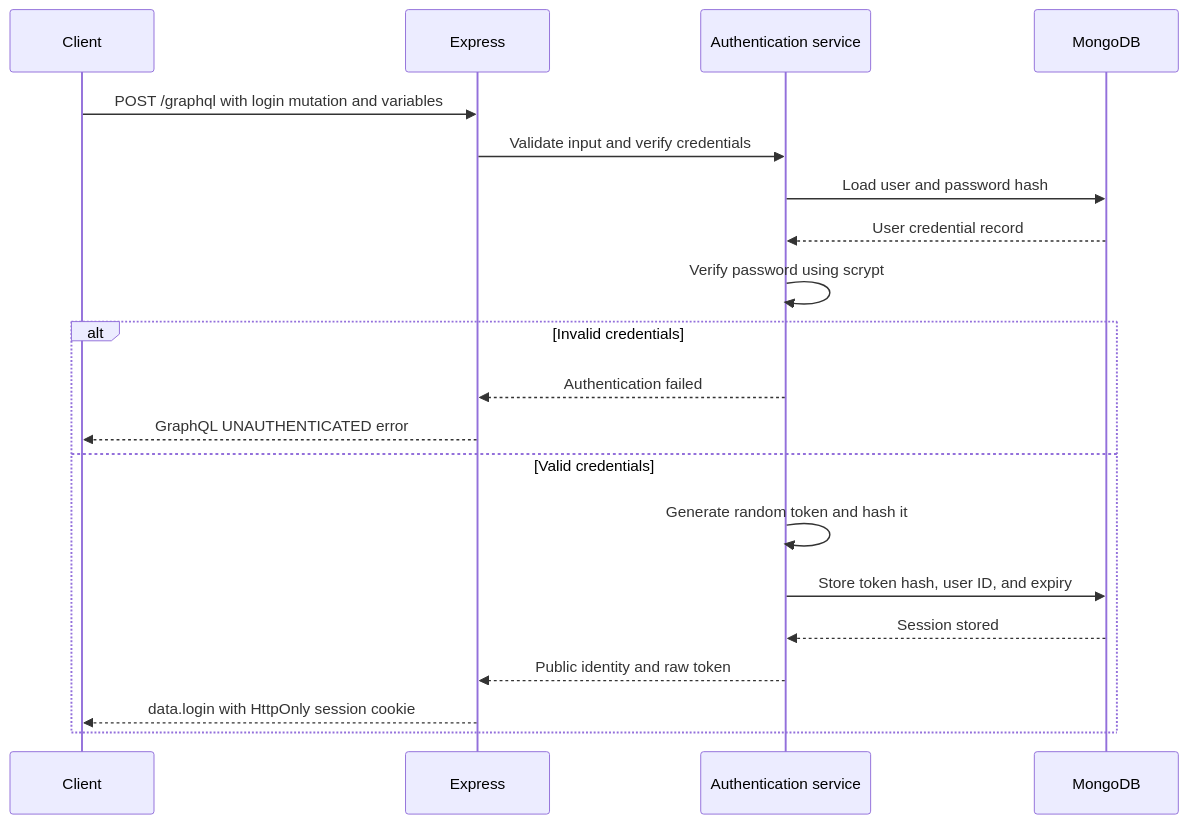
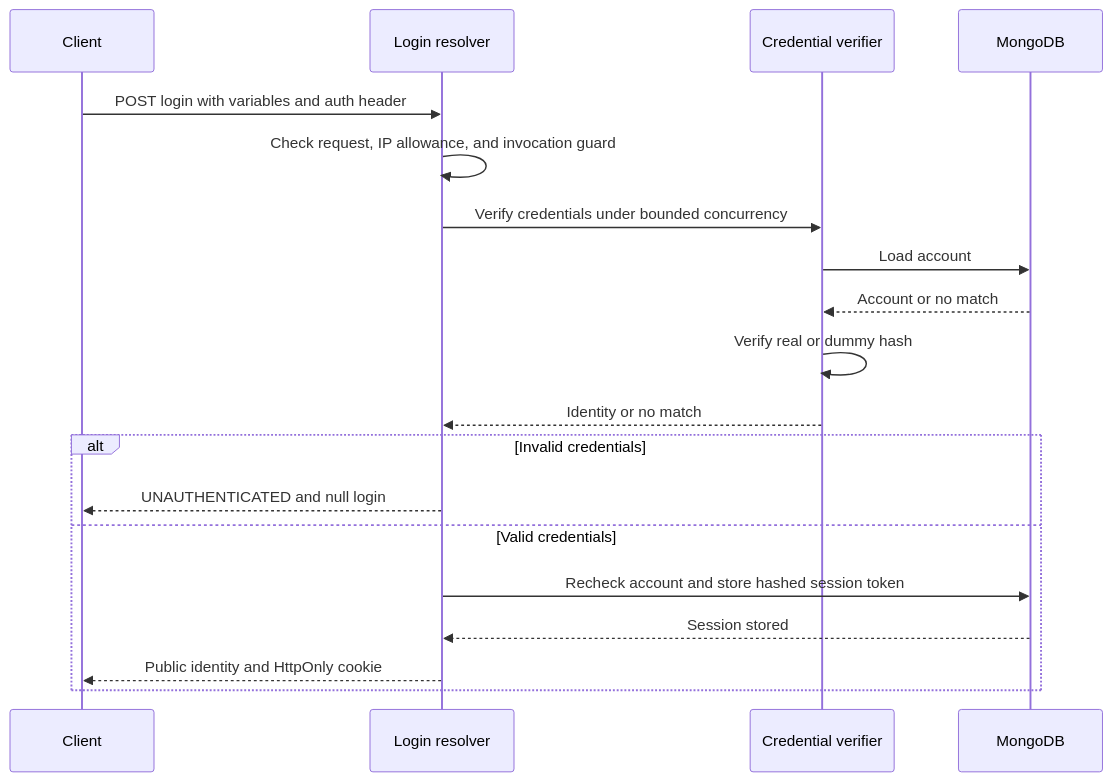
The first of 3 diagrams in docs/authentication/README.md (aruprakshit/GraphQL-Engineering-Lab), drawn with Mermaid before and after one commit. The commit also changed other lines of this file and 3 other files, not shown here.

Commit message:
Document implemented GraphQL session authentication flows

````diff
--- a/docs/authentication/README.md
+++ b/docs/authentication/README.md
@@ -130,24 +104,22 @@
 ```mermaid
 sequenceDiagram
     participant C as Client
-    participant E as Express
-    participant A as Authentication service
+    participant R as Login resolver
+    participant V as Credential verifier
     participant D as MongoDB
 
-    C->>E: POST /graphql with login mutation and variables
-    E->>A: Validate input and verify credentials
-    A->>D: Load user and password hash
-    D-->>A: User credential record
-    A->>A: Verify password using scrypt
-
+    C->>R: POST login with variables and auth header
+    R->>R: Check request, IP allowance, and invocation guard
+    R->>V: Verify credentials under bounded concurrency
+    V->>D: Load account
+    D-->>V: Account or no match
+    V->>V: Verify real or dummy hash
+    V-->>R: Identity or no match
     alt Invalid credentials
-        A-->>E: Authentication failed
-        E-->>C: GraphQL UNAUTHENTICATED error
+        R-->>C: UNAUTHENTICATED and null login
     else Valid credentials
-        A->>A: Generate random token and hash it
-        A->>D: Store token hash, user ID, and expiry
-        D-->>A: Session stored
-        A-->>E: Public identity and raw token
-        E-->>C: data.login with HttpOnly session cookie
+        R->>D: Recheck account and store hashed session token
+        D-->>R: Session stored
+        R-->>C: Public identity and HttpOnly cookie
     end
 ```
````
